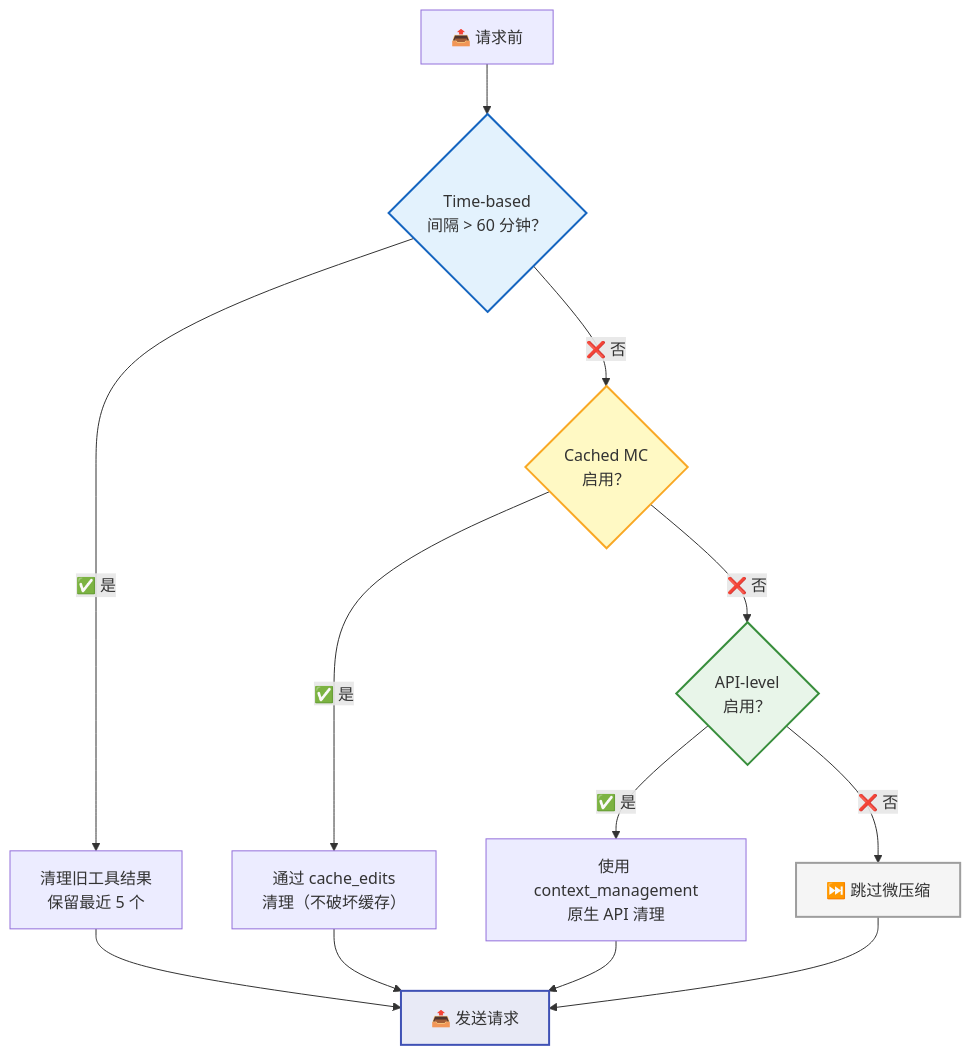
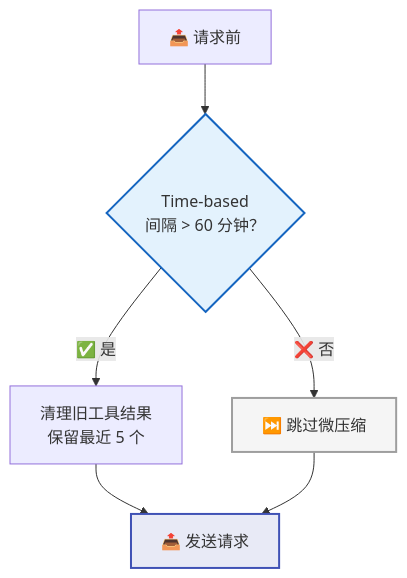
One commit to rtc-agent/docs changed the second of 6 diagrams in src/content/docs/features/context-management.md. Above: the diagram before and after it, drawn with Mermaid. The commit also changed other lines of this file and 60 other files, not shown here.

First line of the commit message:
docs(site): refresh documentation with new sections and improved diagrams

````diff
--- a/src/content/docs/features/context-management.md
+++ b/src/content/docs/features/context-management.md
@@ -66,21 +65,13 @@
 ```mermaid
 flowchart TD
     REQ["📤 请求前"] --> A{"Time-based<br/>间隔 > 60 分钟？"}
     A -->|"✅ 是"| A1["清理旧工具结果<br/>保留最近 5 个"]
-    A -->|"❌ 否"| B{"Cached MC<br/>启用？"}
-    B -->|"✅ 是"| B1["通过 cache_edits<br/>清理（不破坏缓存）"]
-    B -->|"❌ 否"| C{"API-level<br/>启用？"}
-    C -->|"✅ 是"| C1["使用 context_management<br/>原生 API 清理"]
-    C -->|"❌ 否"| SKIP["⏭️ 跳过微压缩"]
+    A -->|"❌ 否"| SKIP["⏭️ 跳过微压缩"]
 
     A1 --> SEND["📤 发送请求"]
-    B1 --> SEND
-    C1 --> SEND
     SKIP --> SEND
 
     style A fill:#e3f2fd,stroke:#1565c0,stroke-width:2px
-    style B fill:#fff9c4,stroke:#f9a825,stroke-width:2px
-    style C fill:#e8f5e9,stroke:#388e3c,stroke-width:2px
     style SKIP fill:#f5f5f5,stroke:#9e9e9e,stroke-width:2px
     style SEND fill:#e8eaf6,stroke:#3f51b5,stroke-width:2px
 ```
````
